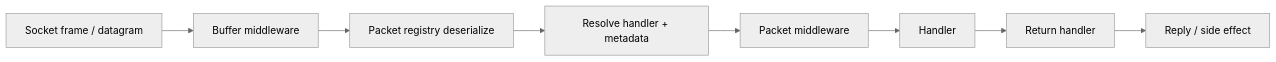
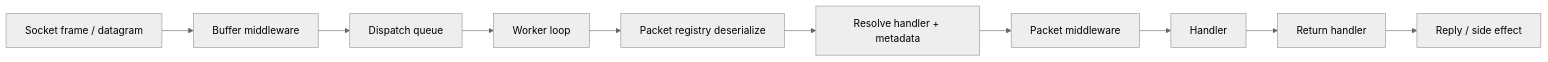
One commit to ppn-systems/nalix-docs changed the diagram in docs/concepts/packet-lifecycle.md. Above: the diagram before and after it, drawn with Mermaid (neutral theme). The commit also changed other lines of this file and 30 other files, not shown here.

````diff
--- a/docs/concepts/packet-lifecycle.md
+++ b/docs/concepts/packet-lifecycle.md
@@ -9,10 +9,12 @@
 ```mermaid
 flowchart LR
     A["Socket frame / datagram"] --> B["Buffer middleware"]
-    B --> C["Packet registry deserialize"]
-    C --> D["Resolve handler + metadata"]
-    D --> E["Packet middleware"]
-    E --> F["Handler"]
-    F --> G["Return handler"]
-    G --> H["Reply / side effect"]
+    B --> C["Dispatch queue"]
+    C --> D["Worker loop"]
+    D --> E["Packet registry deserialize"]
+    E --> F["Resolve handler + metadata"]
+    F --> G["Packet middleware"]
+    G --> H["Handler"]
+    H --> I["Return handler"]
+    I --> J["Reply / side effect"]
 ```
````
